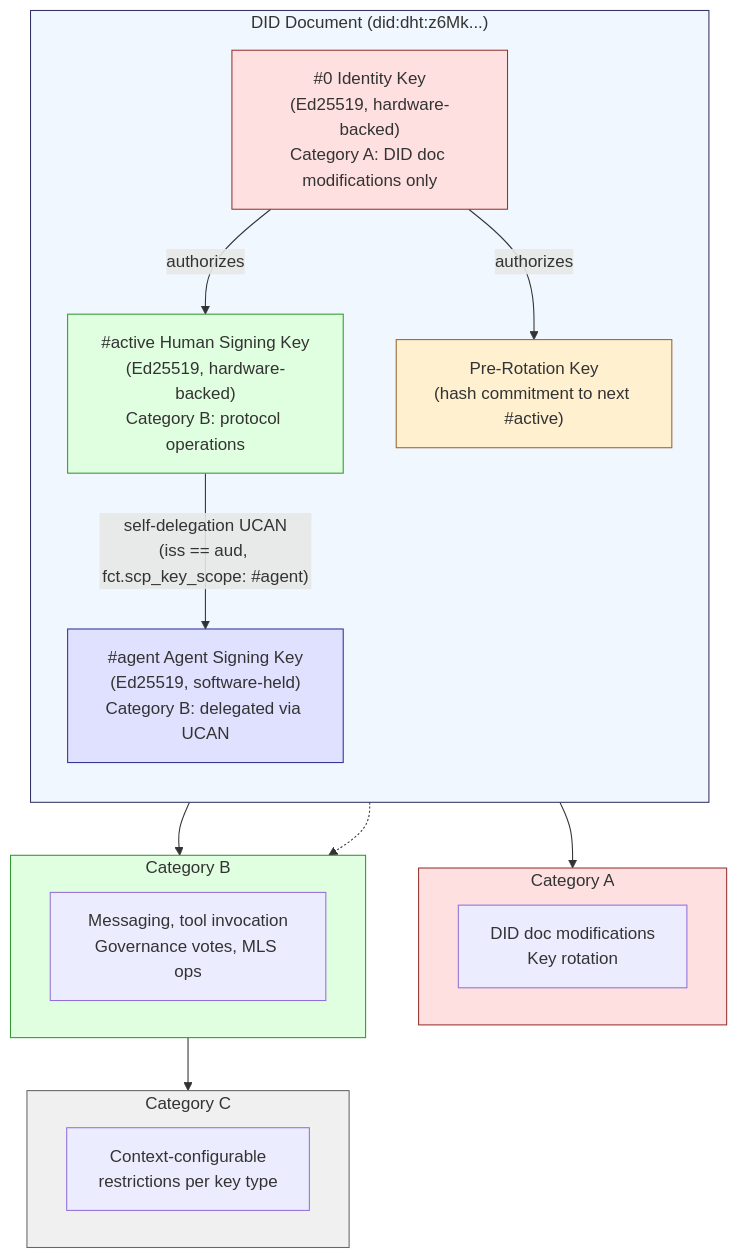
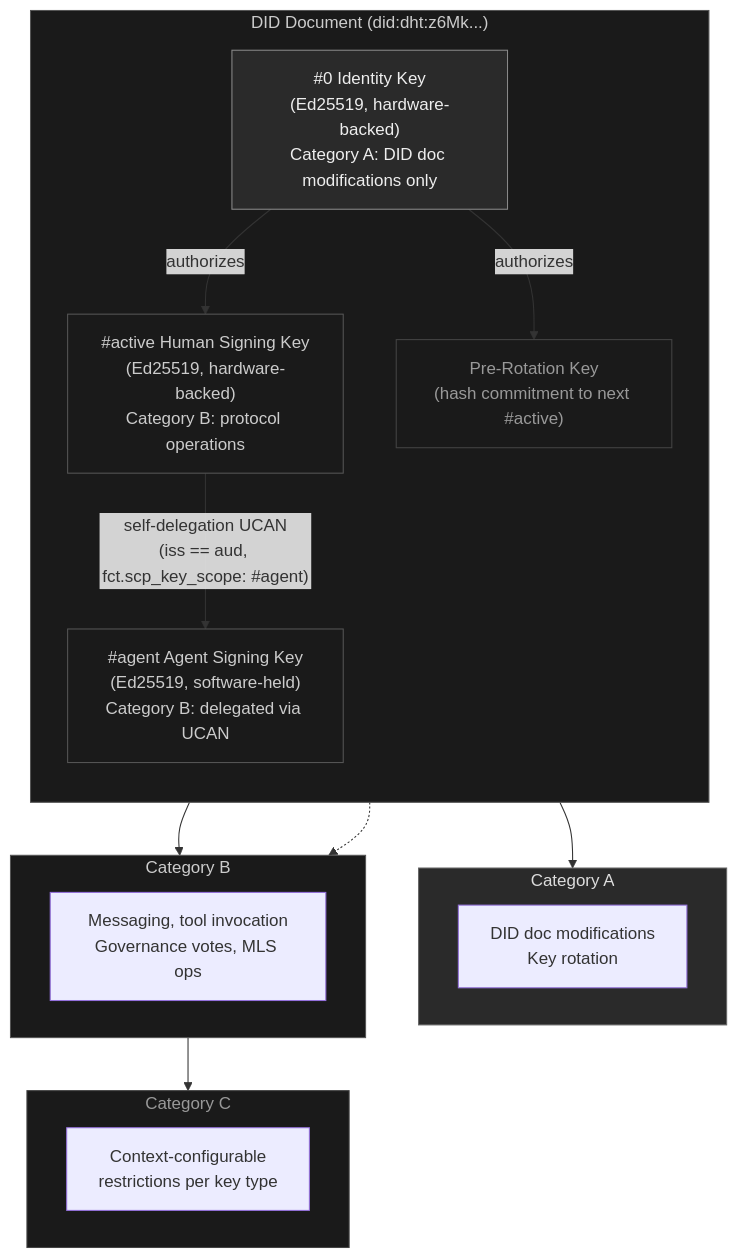
The third of 3 diagrams in .docs/white-paper.md (limn-works/scp), drawn with Mermaid before and after one commit. The commit also changed other lines of this file, not shown here.

First line of the commit message:
docs(white-paper): dark monochrome diagram palette

````diff
--- a/.docs/white-paper.md
+++ b/.docs/white-paper.md
@@ -281,38 +281,38 @@
 ```mermaid
 flowchart TB
     subgraph did["DID Document (did:dht:z6Mk...)"]
         direction TB
         id["#0 Identity Key\n(Ed25519, hardware-backed)\nCategory A: DID doc modifications only"]
         active["#active Human Signing Key\n(Ed25519, hardware-backed)\nCategory B: protocol operations"]
         prerot["Pre-Rotation Key\n(hash commitment to next #active)"]
         agent["#agent Agent Signing Key\n(Ed25519, software-held)\nCategory B: delegated via UCAN"]
     end
 
     id -- "authorizes" --> active
     id -- "authorizes" --> prerot
     active -- "self-delegation UCAN\n(iss == aud, fct.scp_key_scope: #agent)" --> agent
 
     subgraph catA["Category A"]
         a_ops["DID doc modifications\nKey rotation"]
     end
     subgraph catB["Category B"]
         b_ops["Messaging, tool invocation\nGovernance votes, MLS ops"]
     end
     subgraph catC["Category C"]
         c_ops["Context-configurable\nrestrictions per key type"]
     end
 
     id --> catA
     active --> catB
     agent -.-> catB
     catB --> catC
 
-    style did fill:#f0f7ff,stroke:#336
-    style id fill:#ffe0e0,stroke:#933
-    style active fill:#e0ffe0,stroke:#393
-    style prerot fill:#fff0d0,stroke:#963
-    style agent fill:#e0e0ff,stroke:#339
-    style catA fill:#ffe0e0,stroke:#933
-    style catB fill:#e0ffe0,stroke:#393
-    style catC fill:#f0f0f0,stroke:#666
+    style did fill:#1a1a1a,stroke:#555,color:#ccc
+    style id fill:#2a2a2a,stroke:#888,color:#eee
+    style active fill:#1a1a1a,stroke:#555,color:#ccc
+    style prerot fill:#1a1a1a,stroke:#444,color:#999
+    style agent fill:#1a1a1a,stroke:#555,color:#ccc
+    style catA fill:#2a2a2a,stroke:#666,color:#ddd
+    style catB fill:#1a1a1a,stroke:#555,color:#ccc
+    style catC fill:#1a1a1a,stroke:#444,color:#999
 ```
````
